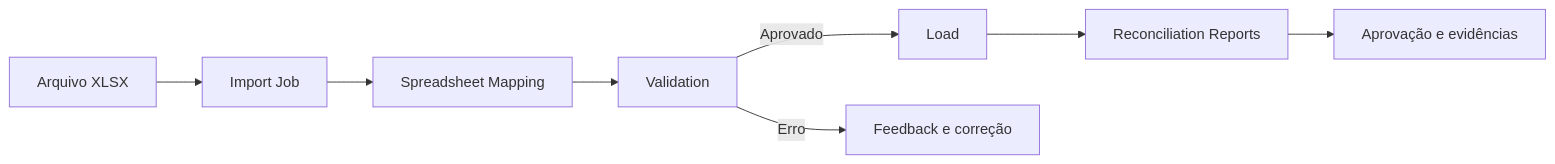
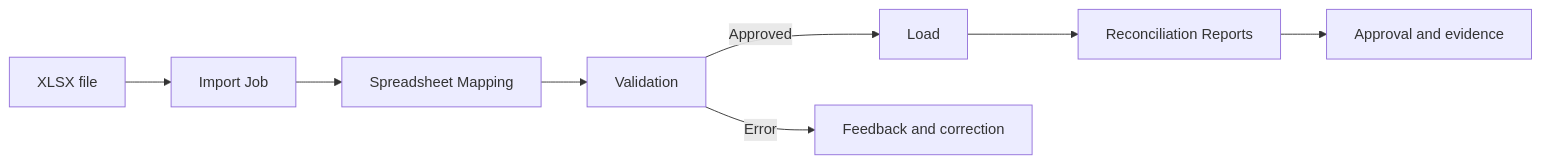
The diagram in docs/data-import/README.md (msekimoto/investran), drawn with Mermaid before and after one commit. The commit also changed other lines of this file and 52 other files, not shown here.

````diff
--- a/docs/data-import/README.md
+++ b/docs/data-import/README.md
@@ -16,10 +16,10 @@
 ```mermaid
 flowchart LR
-    X[Arquivo XLSX] --> J[Import Job]
+    X[XLSX file] --> J[Import Job]
     J --> M[Spreadsheet Mapping]
     M --> V[Validation]
-    V -->|Aprovado| L[Load]
-    V -->|Erro| F[Feedback e correção]
+    V -->|Approved| L[Load]
+    V -->|Error| F[Feedback and correction]
     L --> R[Reconciliation Reports]
-    R --> A[Aprovação e evidências]
+    R --> A[Approval and evidence]
 ```
````
